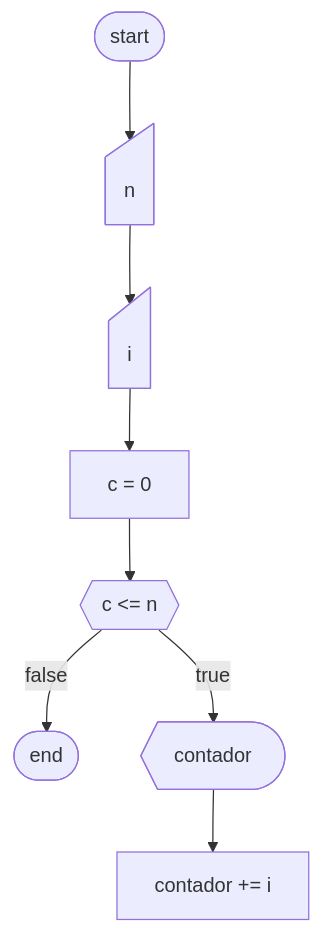
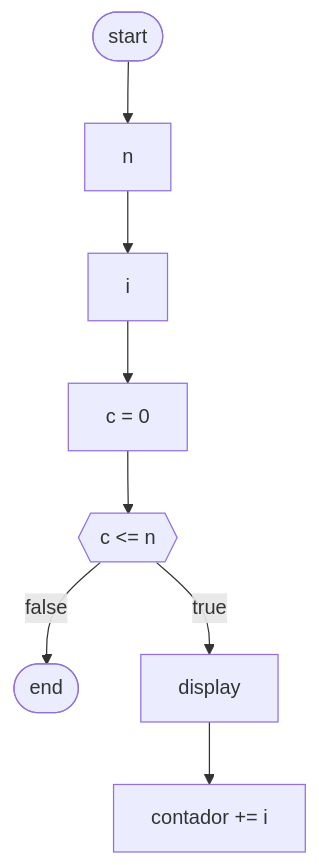
The second of 3 diagrams in Parte-3/README.md (kf-martins-uel/algoritmos-atividade1), drawn with Mermaid before and after one commit. The commit also changed other lines of this file and 5 other files, not shown here.

````diff
--- a/Parte-3/README.md
+++ b/Parte-3/README.md
@@ -68,6 +76,6 @@
-  ```mermaid
-  flowchart TB
-      start([start]) --> n@{shape: manual-input} --> i@{shape: manual-input} --> contador["c = 0"] --> for{{"c <= n"}}
-      for -->|false| fim([end])
-      for -->|true| display@{shape: display, label: contador} --> inc["contador += i"]
-  ```
+    ```mermaid
+    flowchart TB
+        start([start]) --> n@{shape:manual-input} --> i@{shape:manual-input} --> contador["c = 0"] --> for{{"c <= n"}}
+        for -->|false| fim([end])
+        for -->|true| display@{shape:display, label:contador} --> inc["contador += i"]
+    ```
````
